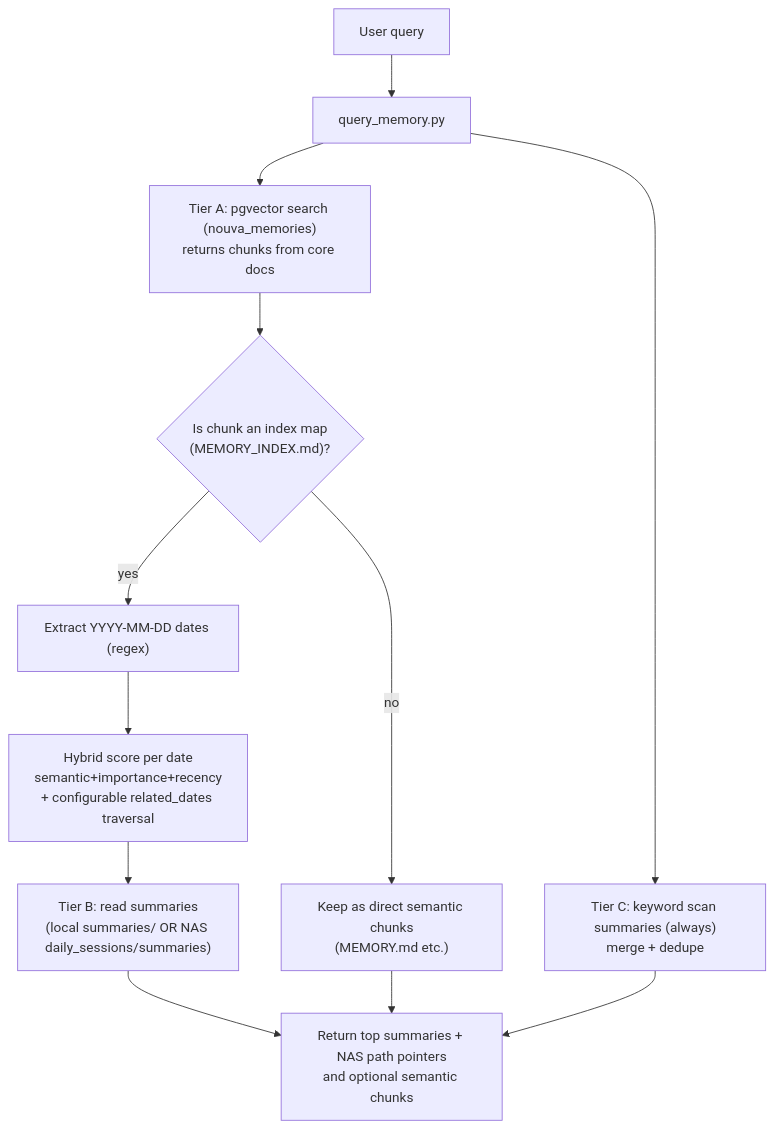
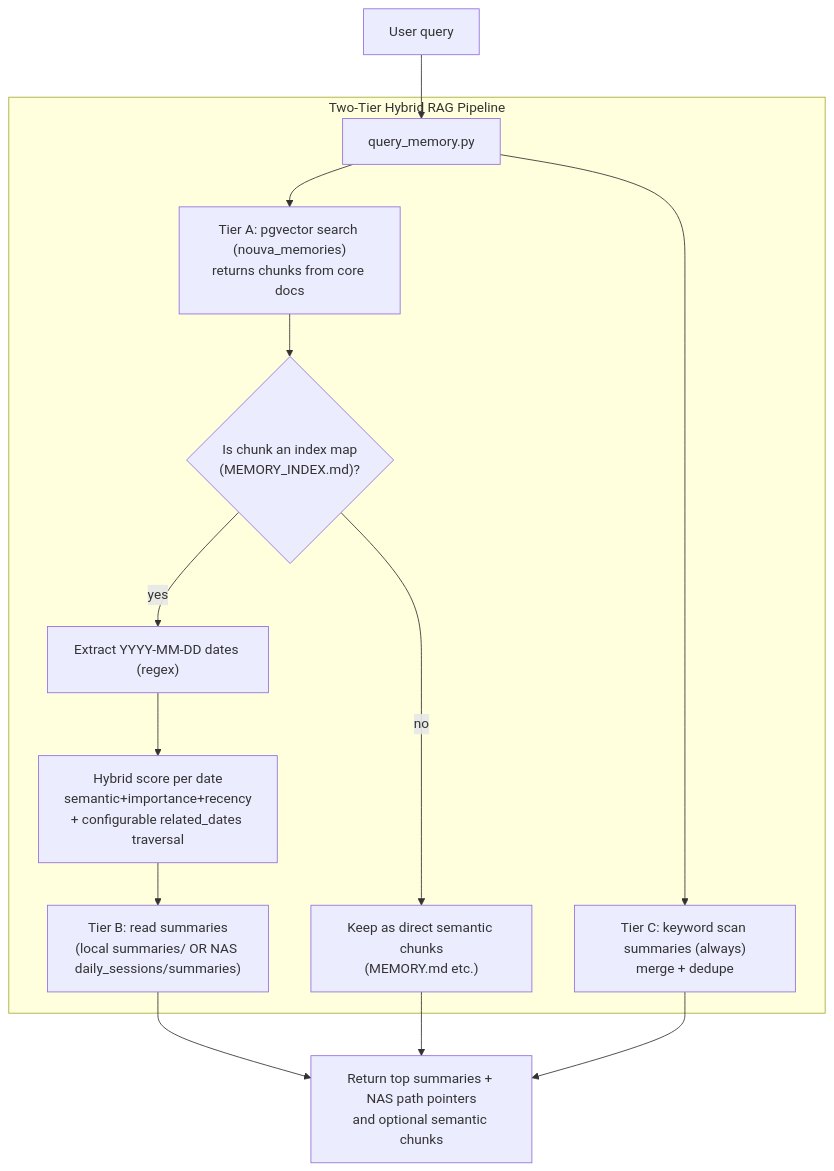
One commit to nouverse-tech/nouva-mcp-server changed the third of 4 diagrams in src/skills/memory_engine/ARCHITECTURE.md. Above: the diagram before and after it, drawn with Mermaid. The commit also changed other lines of this file and 1 other file, not shown here.

Commit message:
docs: explicit RAG mentions in ARCHITECTURE.md and README.md

````diff
--- a/src/skills/memory_engine/ARCHITECTURE.md
+++ b/src/skills/memory_engine/ARCHITECTURE.md
@@ -141,17 +141,20 @@
 ```mermaid
 flowchart TD
   U["User query"] --> QM["query_memory.py"]
 
-  QM --> V["Tier A: pgvector search (nouva_memories)\nreturns chunks from core docs"]
-  V --> D{"Is chunk an index map\n(MEMORY_INDEX.md)?"}
-  D -->|yes| EX["Extract YYYY-MM-DD dates (regex)"]
-  D -->|no| RC["Keep as direct semantic chunks\n(MEMORY.md etc.)"]
+  subgraph RAG["Two-Tier Hybrid RAG Pipeline"]
+    QM --> V["Tier A: pgvector search (nouva_memories)\nreturns chunks from core docs"]
+    V --> D{"Is chunk an index map\n(MEMORY_INDEX.md)?"}
+    D -->|yes| EX["Extract YYYY-MM-DD dates (regex)"]
+    D -->|no| RC["Keep as direct semantic chunks\n(MEMORY.md etc.)"]
 
-  EX --> HS["Hybrid score per date\nsemantic+importance+recency\n+ configurable related_dates traversal"]
-  HS --> SUM["Tier B: read summaries\n(local summaries/ OR NAS daily_sessions/summaries)"]
+    EX --> HS["Hybrid score per date\nsemantic+importance+recency\n+ configurable related_dates traversal"]
+    HS --> SUM["Tier B: read summaries\n(local summaries/ OR NAS daily_sessions/summaries)"]
 
-  QM --> KW["Tier C: keyword scan summaries (always)\nmerge + dedupe"]
+    QM --> KW["Tier C: keyword scan summaries (always)\nmerge + dedupe"]
+  end
+
   SUM --> OUT["Return top summaries + NAS path pointers\nand optional semantic chunks"]
   KW --> OUT
   RC --> OUT
 ```
````
